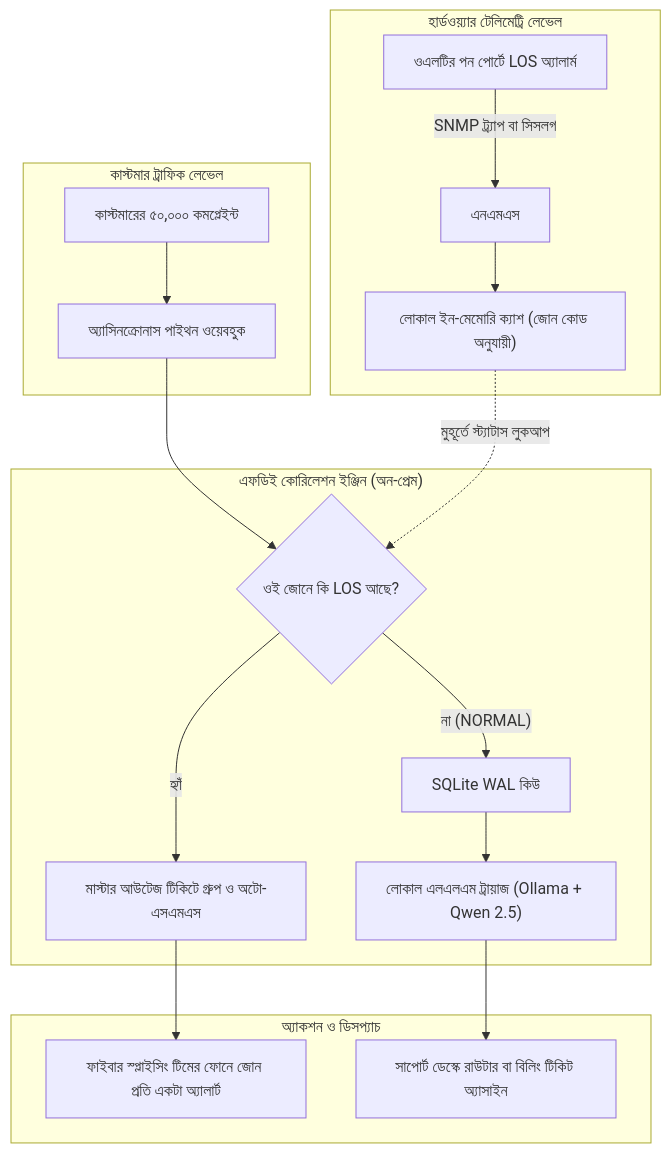
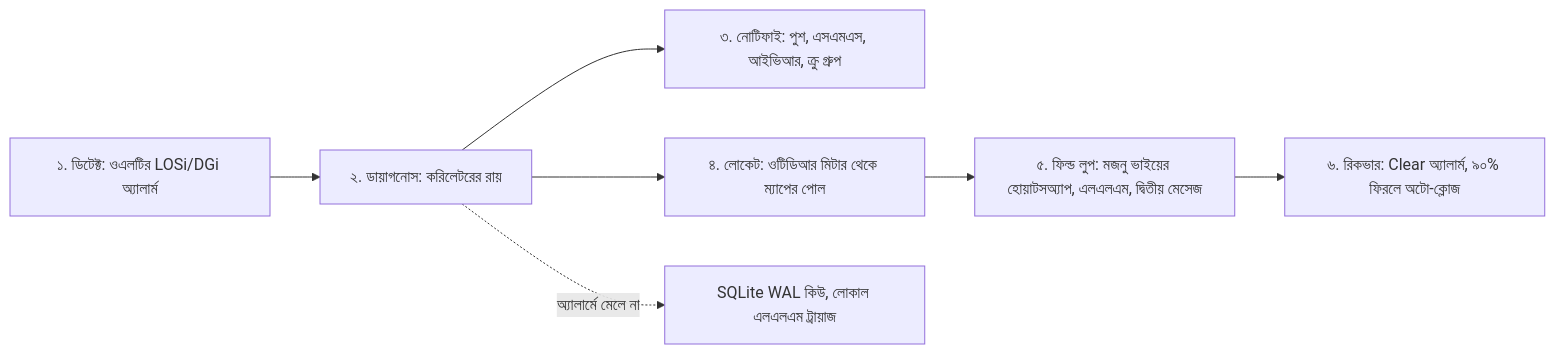
One commit to aiwithr/fde_book changed the first of 2 diagrams in docs/chapter-4/index.md. Above: the diagram before and after it, drawn with Mermaid. The commit also changed other lines of this file and 10 other files, not shown here.

````diff
--- a/docs/chapter-4/index.md
+++ b/docs/chapter-4/index.md
@@ -69,25 +96,9 @@
 ```mermaid
-flowchart TD
-    subgraph Telemetry["হার্ডওয়্যার টেলিমেট্রি লেভেল"]
-        H1["ওএলটির পন পোর্টে LOS অ্যালার্ম"] -->|"SNMP ট্র্যাপ বা সিসলগ"| H2["এনএমএস"]
-        H2 --> H3["লোকাল ইন-মেমোরি ক্যাশ (জোন কোড অনুযায়ী)"]
-    end
-
-    subgraph Ingestion["কাস্টমার ট্রাফিক লেভেল"]
-        C1["কাস্টমারের ৫০,০০০ কমপ্লেইন্ট"] --> C2["অ্যাসিনক্রোনাস পাইথন ওয়েবহুক"]
-    end
-
-    subgraph CorrelationEngine["এফডিই কোরিলেশন ইঞ্জিন (অন-প্রেম)"]
-        C2 --> D1{"ওই জোনে কি LOS আছে?"}
-        H3 -.->|"মুহূর্তে স্ট্যাটাস লুকআপ"| D1
-
-        D1 -- "হ্যাঁ" --> E1["মাস্টার আউটেজ টিকিটে গ্রুপ ও অটো-এসএমএস"]
-        D1 -- "না (NORMAL)" --> E2["SQLite WAL কিউ"]
-        E2 --> E3["লোকাল এলএলএম ট্রায়াজ (Ollama + Qwen 2.5)"]
-    end
-
-    subgraph Action["অ্যাকশন ও ডিসপ্যাচ"]
-        E1 --> F1["ফাইবার স্প্লাইসিং টিমের ফোনে জোন প্রতি একটা অ্যালার্ট"]
-        E3 --> F2["সাপোর্ট ডেস্কে রাউটার বা বিলিং টিকিট অ্যাসাইন"]
-    end
+flowchart LR
+    A["১. ডিটেক্ট: ওএলটির LOSi/DGi অ্যালার্ম"] --> B["২. ডায়াগনোস: করিলেটরের রায়"]
+    B --> C["৩. নোটিফাই: পুশ, এসএমএস, আইভিআর, ক্রু গ্রুপ"]
+    B --> D["৪. লোকেট: ওটিডিআর মিটার থেকে ম্যাপের পোল"]
+    D --> E["৫. ফিল্ড লুপ: মজনু ভাইয়ের হোয়াটসঅ্যাপ, এলএলএম, দ্বিতীয় মেসেজ"]
+    E --> F["৬. রিকভার: Clear অ্যালার্ম, ৯০% ফিরলে অটো-ক্লোজ"]
+    B -. "অ্যালার্মে মেলে না" .-> G["SQLite WAL কিউ, লোকাল এলএলএম ট্রায়াজ"]
 ```
````
